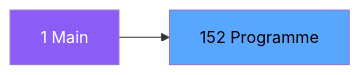
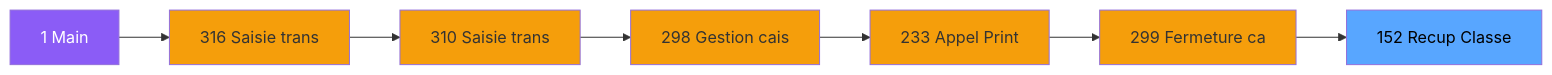
Before and after one commit to thonyAGP/magic-migration: the second of 3 diagrams in .openspec/specs/ADH-IDE-152.md, drawn with Mermaid. The commit also changed other lines of this file and 323 other files, not shown here.

````diff
--- a/.openspec/specs/ADH-IDE-152.md
+++ b/.openspec/specs/ADH-IDE-152.md
@@ -100,8 +108,23 @@
 ```mermaid
 graph LR
     M[1 Main]
-    T[152 Programme]
-    M --> T
+    N316[316 Saisie trans]
+    N310[310 Saisie trans]
+    N298[298 Gestion cais]
+    N233[233 Appel Print ]
+    N299[299 Fermeture ca]
+    T[152 Recup Classe]
+    M --> N316
+    N316 --> N310
+    N310 --> N298
+    N298 --> N233
+    N233 --> N299
+    N299 --> T
     style M fill:#8b5cf6,color:#fff
+    style N316 fill:#f59e0b
+    style N310 fill:#f59e0b
+    style N298 fill:#f59e0b
+    style N233 fill:#f59e0b
+    style N299 fill:#f59e0b
     style T fill:#58a6ff,color:#000
 ```
````
